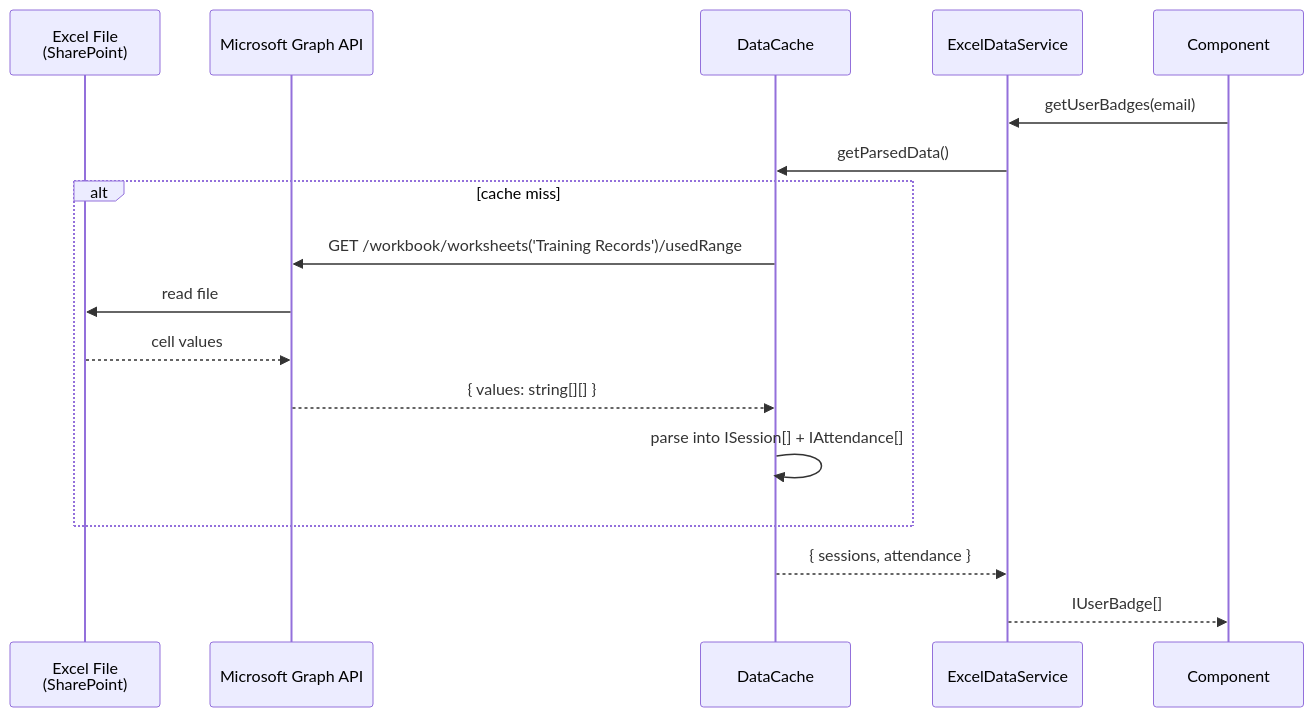
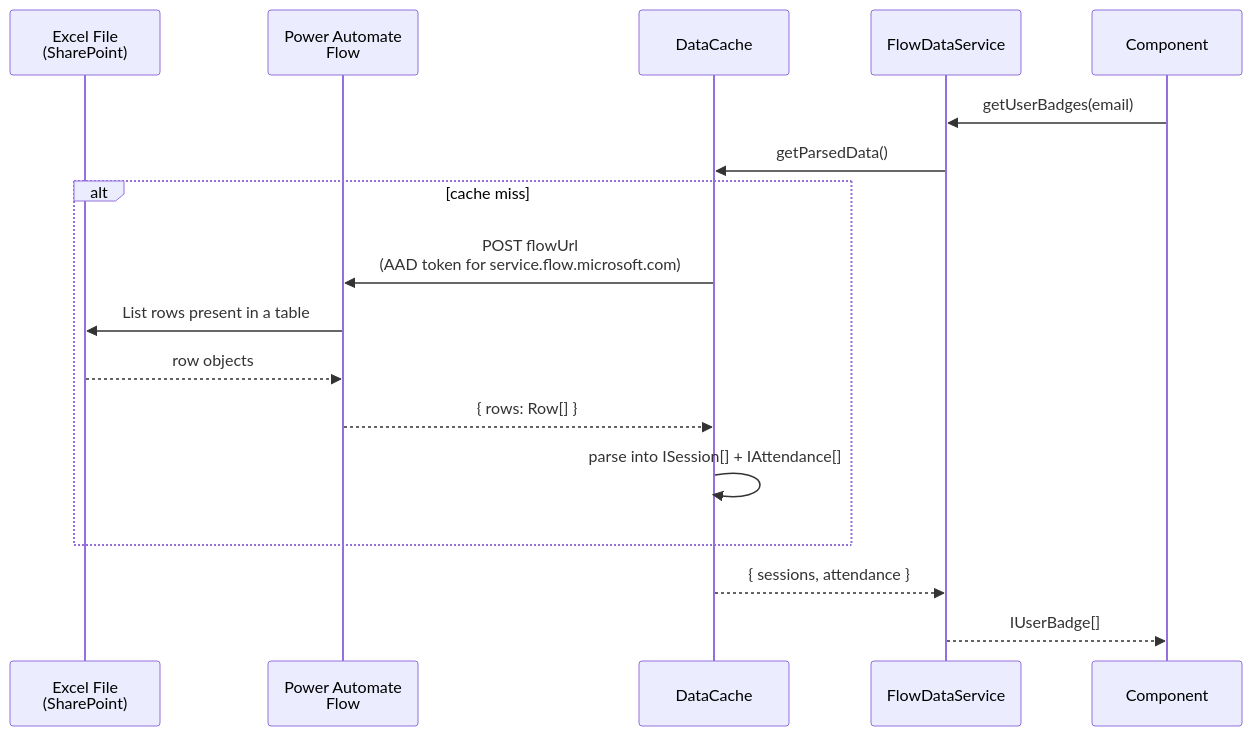
One commit to aidantrabs/quicksparks changed the third of 5 diagrams in docs/architecture.md. Above: the diagram before and after it, drawn with Mermaid. The commit also changed other lines of this file and 3 other files, not shown here.

````diff
--- a/docs/architecture.md
+++ b/docs/architecture.md
@@ -45,20 +45,20 @@
 ```mermaid
 sequenceDiagram
     participant XL as Excel File<br/>(SharePoint)
-    participant Graph as Microsoft Graph API
+    participant Flow as Power Automate<br/>Flow
     participant Cache as DataCache
-    participant SVC as ExcelDataService
+    participant SVC as FlowDataService
     participant Comp as Component
 
     Comp->>SVC: getUserBadges(email)
     SVC->>Cache: getParsedData()
     alt cache miss
-        Cache->>Graph: GET /workbook/worksheets('Training Records')/usedRange
-        Graph->>XL: read file
-        XL-->>Graph: cell values
-        Graph-->>Cache: { values: string[][] }
+        Cache->>Flow: POST flowUrl<br/>(AAD token for service.flow.microsoft.com)
+        Flow->>XL: List rows present in a table
+        XL-->>Flow: row objects
+        Flow-->>Cache: { rows: Row[] }
         Cache->>Cache: parse into ISession[] + IAttendance[]
     end
     Cache-->>SVC: { sessions, attendance }
     SVC-->>Comp: IUserBadge[]
 ```
````
